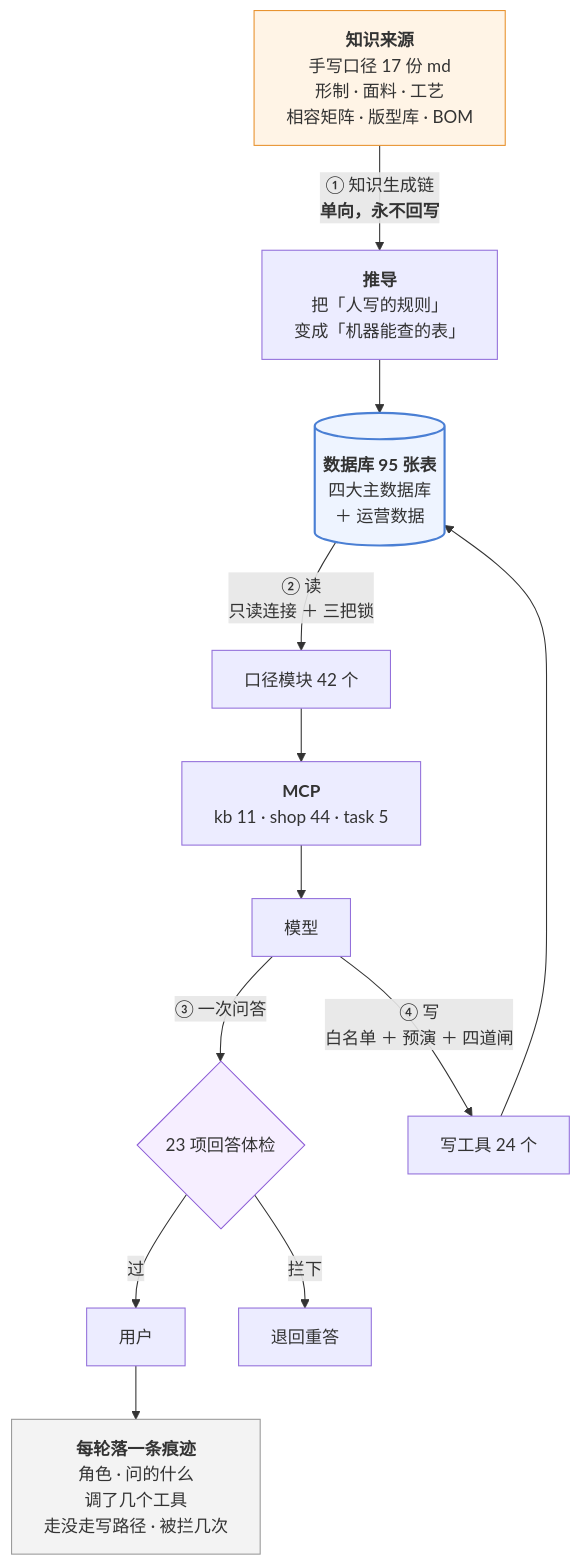
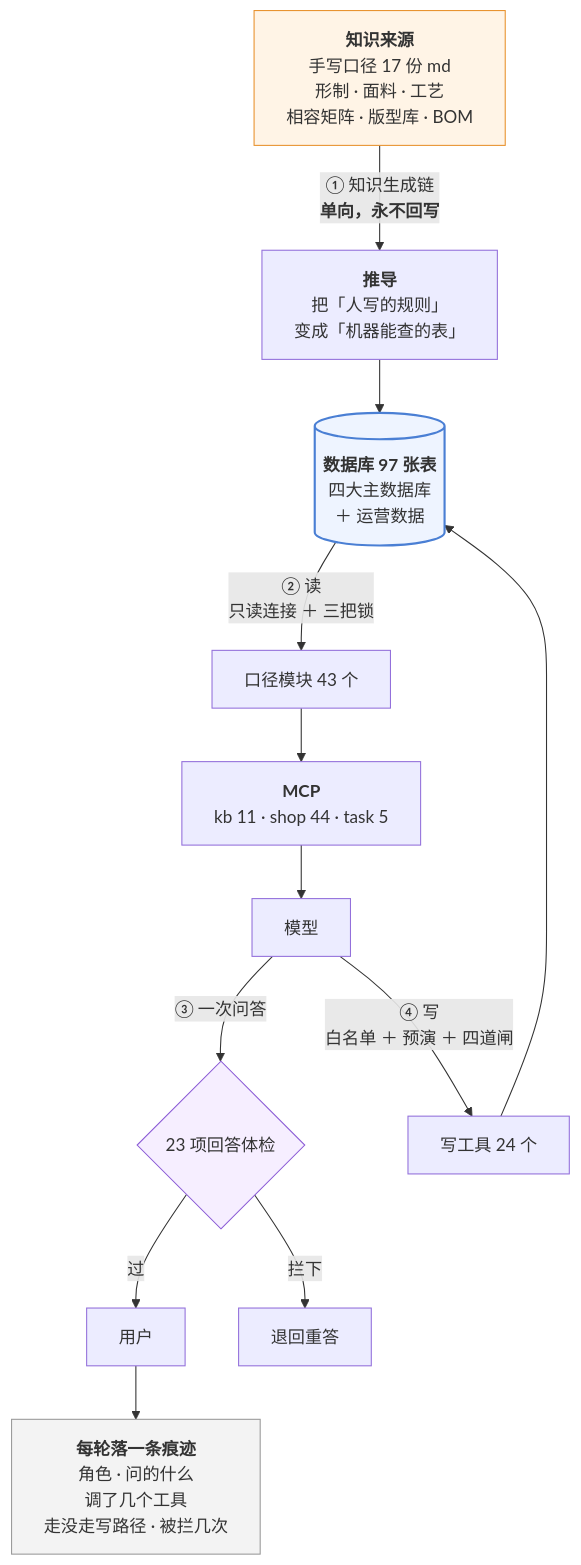
The third of 3 diagrams in 澜绣云裳agent-产品说明.md (843773296-rgb/lanxiu-yunshang-agent), drawn with Mermaid before and after one commit. The commit also changed other lines of this file and 13 other files, not shown here.

````diff
--- a/澜绣云裳agent-产品说明.md
+++ b/澜绣云裳agent-产品说明.md
@@ -867,24 +867,24 @@
 ```mermaid
 flowchart TD
     MD["<b>知识来源</b><br/>手写口径 17 份 md<br/>形制 · 面料 · 工艺<br/>相容矩阵 · 版型库 · BOM"]
     MD -->|"① 知识生成链<br/><b>单向，永不回写</b>"| DV["<b>推导</b><br/>把「人写的规则」<br/>变成「机器能查的表」"]
-    DV --> DB[("<b>数据库 95 张表</b><br/>四大主数据库<br/>＋ 运营数据")]
+    DV --> DB[("<b>数据库 97 张表</b><br/>四大主数据库<br/>＋ 运营数据")]
 
-    DB -->|"② 读<br/>只读连接 ＋ 三把锁"| KJ["口径模块 42 个"]
+    DB -->|"② 读<br/>只读连接 ＋ 三把锁"| KJ["口径模块 43 个"]
     KJ --> MCP["<b>MCP</b><br/>kb 11 · shop 44 · task 5"]
     MCP --> LLM["模型"]
 
     LLM -->|"③ 一次问答"| GD{"23 项回答体检"}
     GD -- 过 --> U["用户"]
     GD -- 拦下 --> RE["退回重答"]
 
     LLM -->|"④ 写<br/>白名单 ＋ 预演 ＋ 四道闸"| W["写工具 24 个"]
     W --> DB
 
     U --> TR["<b>每轮落一条痕迹</b><br/>角色 · 问的什么<br/>调了几个工具<br/>走没走写路径 · 被拦几次"]
 
     style MD fill:#fff4e6,stroke:#e8912d
     style DB fill:#eef4ff,stroke:#4a7fd4,stroke-width:2px
     style GD fill:#f6eeff,stroke:#8b5cd6
     style TR fill:#f3f3f3,stroke:#999
 ```
````
